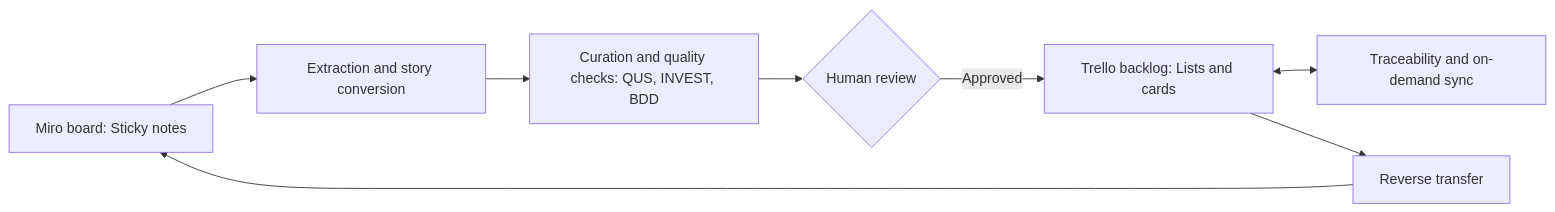
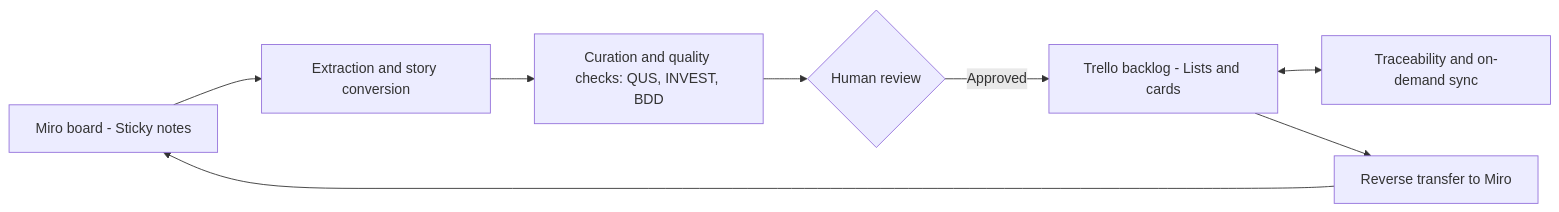
Before and after one commit to Pedro-YH10/Collab2Us: the diagram in README.md, drawn with Mermaid. The commit also changed other lines of this file, not shown here.

````diff
--- a/README.md
+++ b/README.md
@@ -41,10 +40,10 @@
 ```mermaid
 flowchart LR
-    A["Miro board: Sticky notes"] --> B["Extraction and story conversion"]
+    A["Miro board - Sticky notes"] --> B["Extraction and story conversion"]
     B --> C["Curation and quality checks: QUS, INVEST, BDD"]
     C --> D{"Human review"}
-    D -->|Approved| E["Trello backlog: Lists and cards"]
+    D -->|Approved| E["Trello backlog - Lists and cards"]
     E <--> F["Traceability and on-demand sync"]
-    E --> G["Reverse transfer"]
+    E --> G["Reverse transfer to Miro"]
     G --> A
 ```
````
